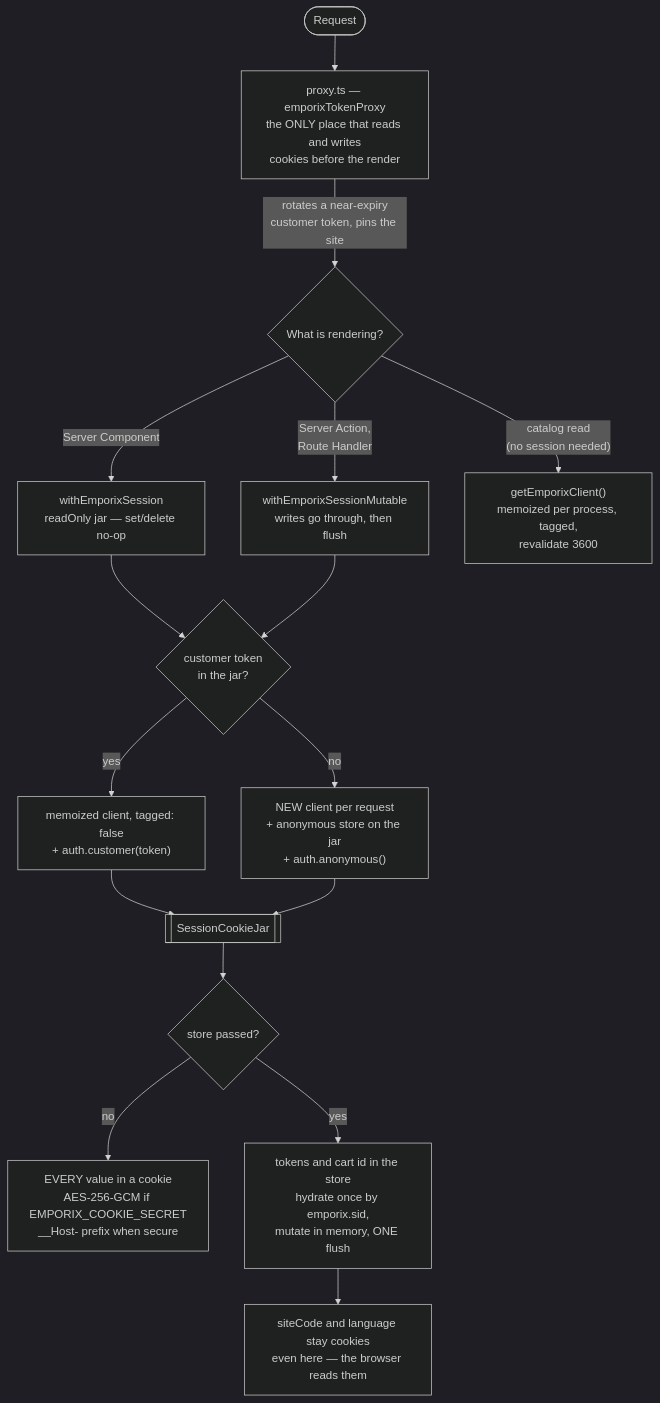
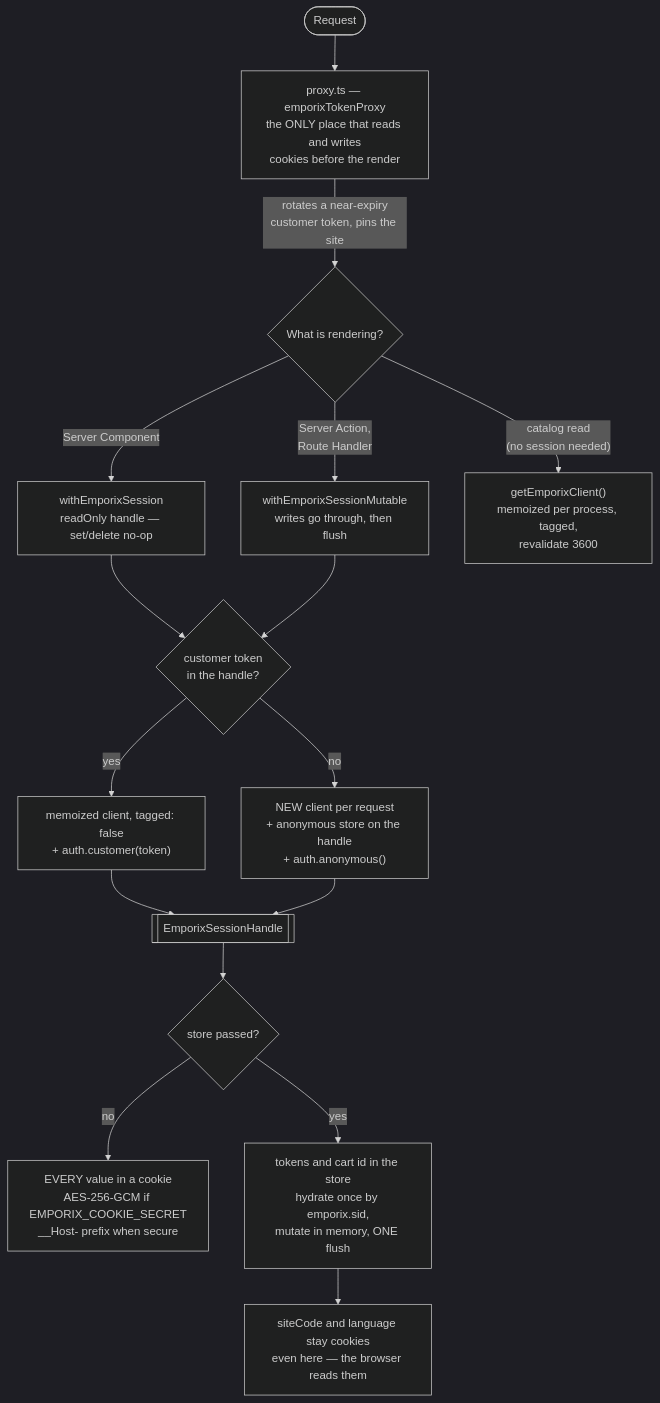
Before and after one commit to viuteam/emporix-sdk: the first of 2 diagrams in packages/next/README.md, drawn with Mermaid (dark theme). The commit also changed other lines of this file and 26 other files, not shown here.

````diff
--- a/packages/next/README.md
+++ b/packages/next/README.md
@@ -51,23 +51,23 @@
 ```mermaid
 flowchart TD
     REQ([Request]) --> PROXY["proxy.ts — emporixTokenProxy<br/>the ONLY place that reads and writes<br/>cookies before the render"]
     PROXY -->|"rotates a near-expiry<br/>customer token, pins the site"| KIND{What is rendering?}
 
-    KIND -->|Server Component| RO["withEmporixSession<br/>readOnly jar — set/delete no-op"]
+    KIND -->|Server Component| RO["withEmporixSession<br/>readOnly handle — set/delete no-op"]
     KIND -->|"Server Action,<br/>Route Handler"| RW["withEmporixSessionMutable<br/>writes go through, then flush"]
     KIND -->|"catalog read<br/>(no session needed)"| CAT["getEmporixClient()<br/>memoized per process, tagged,<br/>revalidate 3600"]
 
-    RO --> BRANCH{"customer token<br/>in the jar?"}
+    RO --> BRANCH{"customer token<br/>in the handle?"}
     RW --> BRANCH
 
     BRANCH -->|yes| CUST["memoized client, tagged: false<br/>+ auth.customer(token)"]
-    BRANCH -->|no| GUEST["NEW client per request<br/>+ anonymous store on the jar<br/>+ auth.anonymous()"]
+    BRANCH -->|no| GUEST["NEW client per request<br/>+ anonymous store on the handle<br/>+ auth.anonymous()"]
 
-    CUST --> JAR[[SessionCookieJar]]
-    GUEST --> JAR
-    JAR --> MODE{store passed?}
+    CUST --> HANDLE[[EmporixSessionHandle]]
+    GUEST --> HANDLE
+    HANDLE --> MODE{store passed?}
 
     MODE -->|no| COOKIE["EVERY value in a cookie<br/>AES-256-GCM if EMPORIX_COOKIE_SECRET<br/>__Host- prefix when secure"]
     MODE -->|yes| STORE["tokens and cart id in the store<br/>hydrate once by emporix.sid,<br/>mutate in memory, ONE flush"]
     STORE --> PUB["siteCode and language stay cookies<br/>even here — the browser reads them"]
 ```
````
